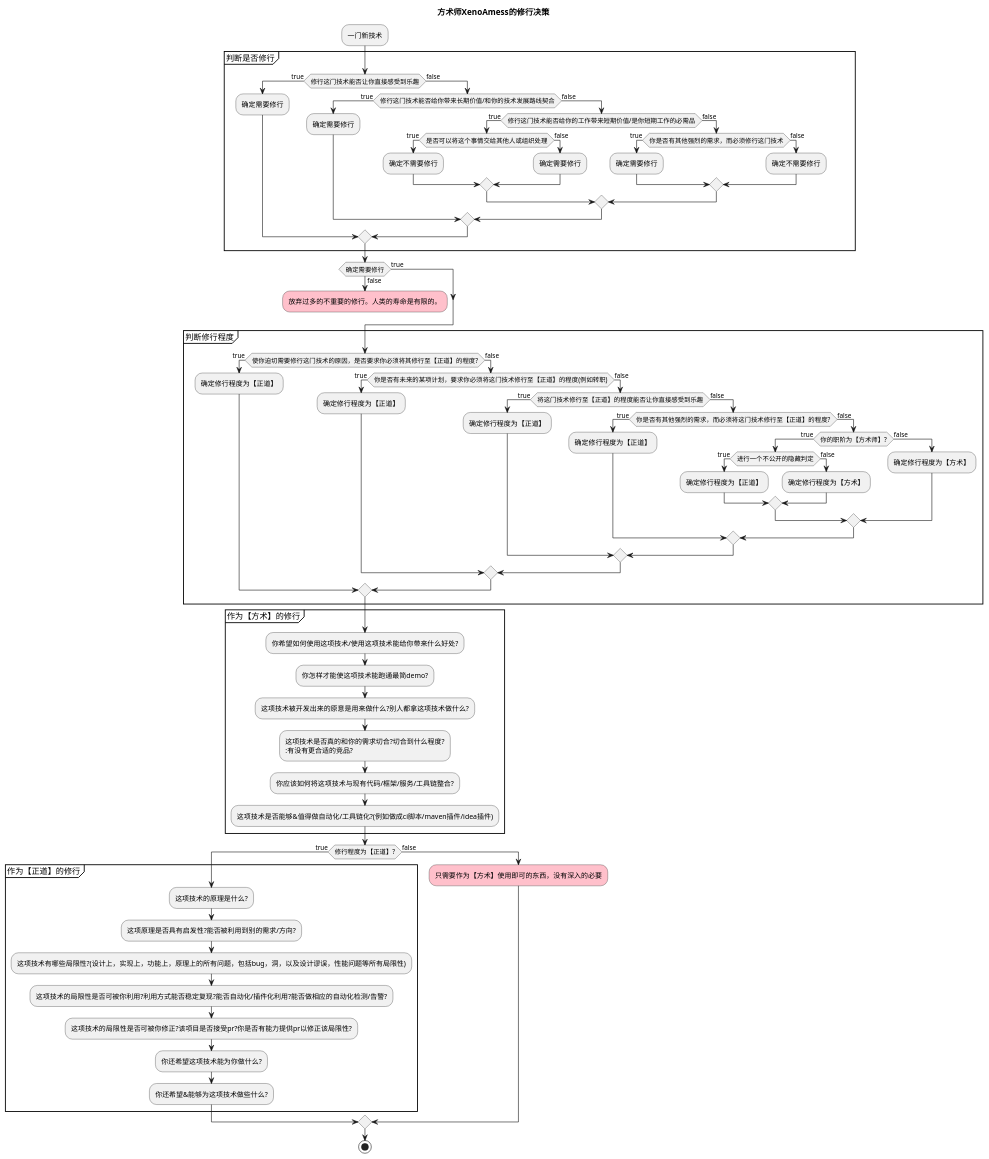
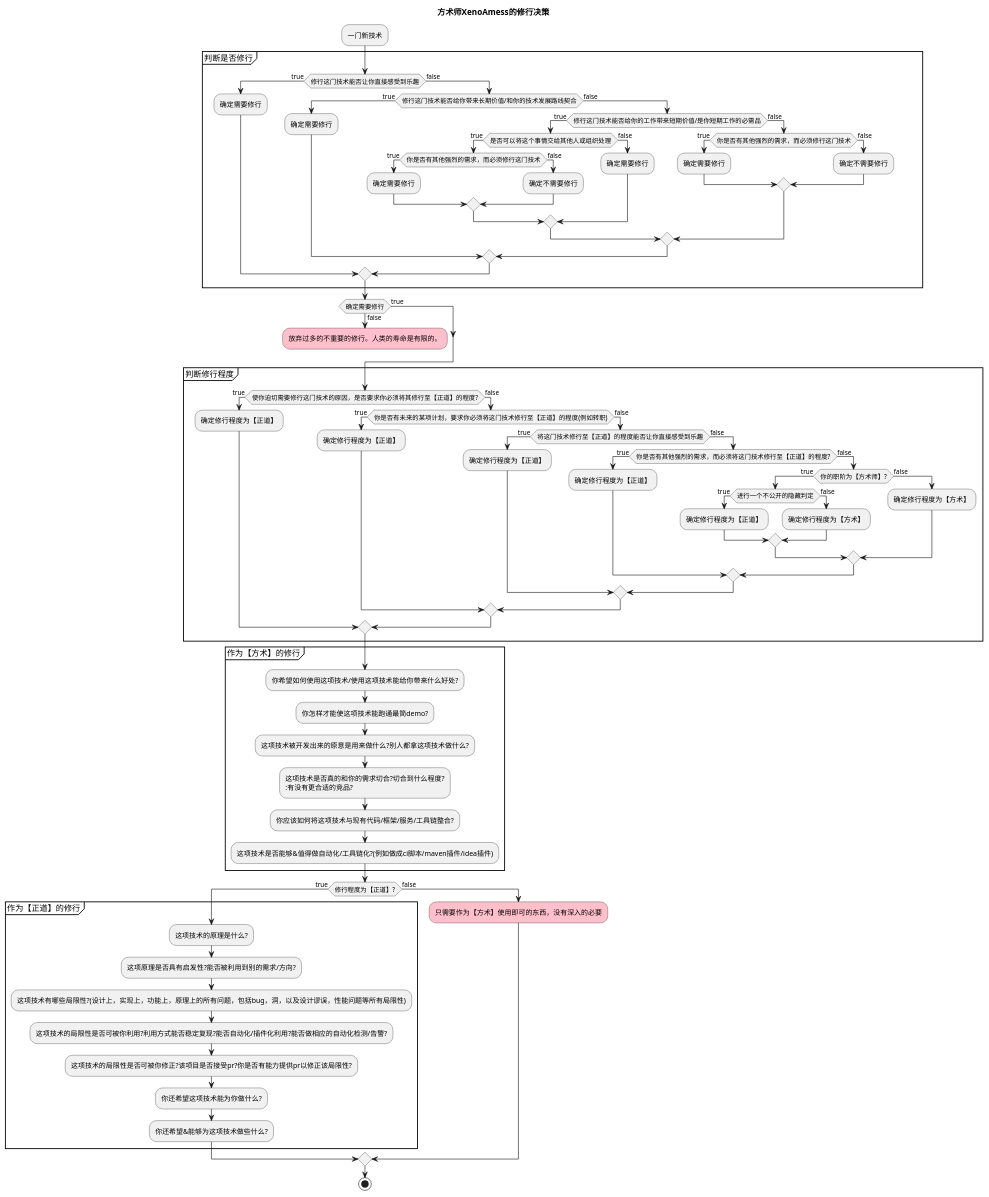
The diagram in _posts/20210505方术师XenoAmess的修行决策.md (XenoAmess/XenoAmessBlog), drawn with PlantUML before and after one commit.

```diff
--- a/_posts/20210505方术师XenoAmess的修行决策.md
+++ b/_posts/20210505方术师XenoAmess的修行决策.md
@@ -20,7 +20,11 @@
         else (false)
             if (修行这门技术能否给你的工作带来短期价值/是你短期工作的必需品) then (true)
                 if (是否可以将这个事情交给其他人或组织处理) then (true)
-                    :确定不需要修行;
+                    if (你是否有其他强烈的需求，而必须修行这门技术) then (true)
+                        :确定需要修行;
+                    else (false)
+                        :确定不需要修行;
+                    endif
                 else (false)
                     :确定需要修行;
                 endif
```
